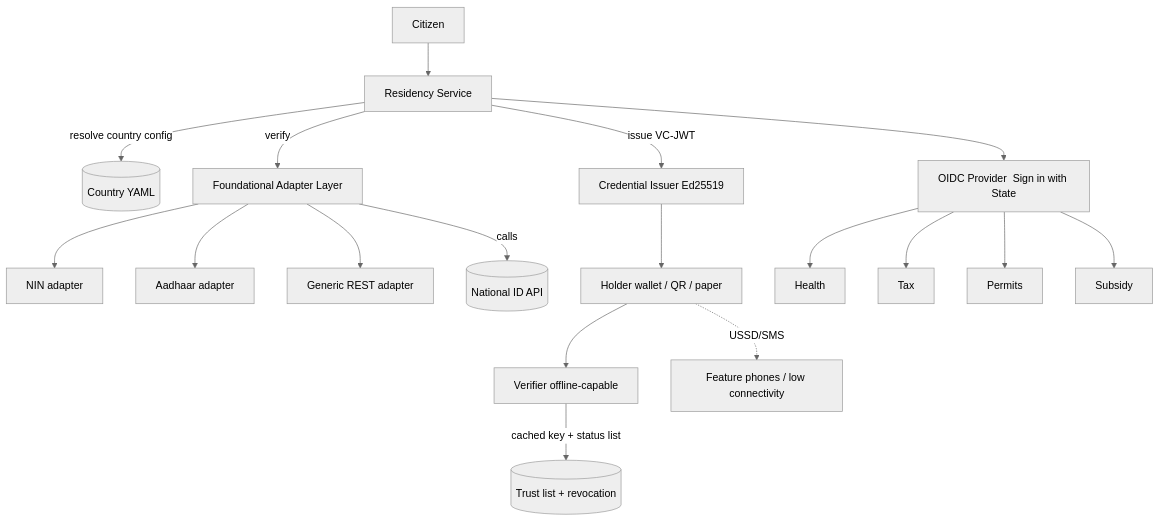
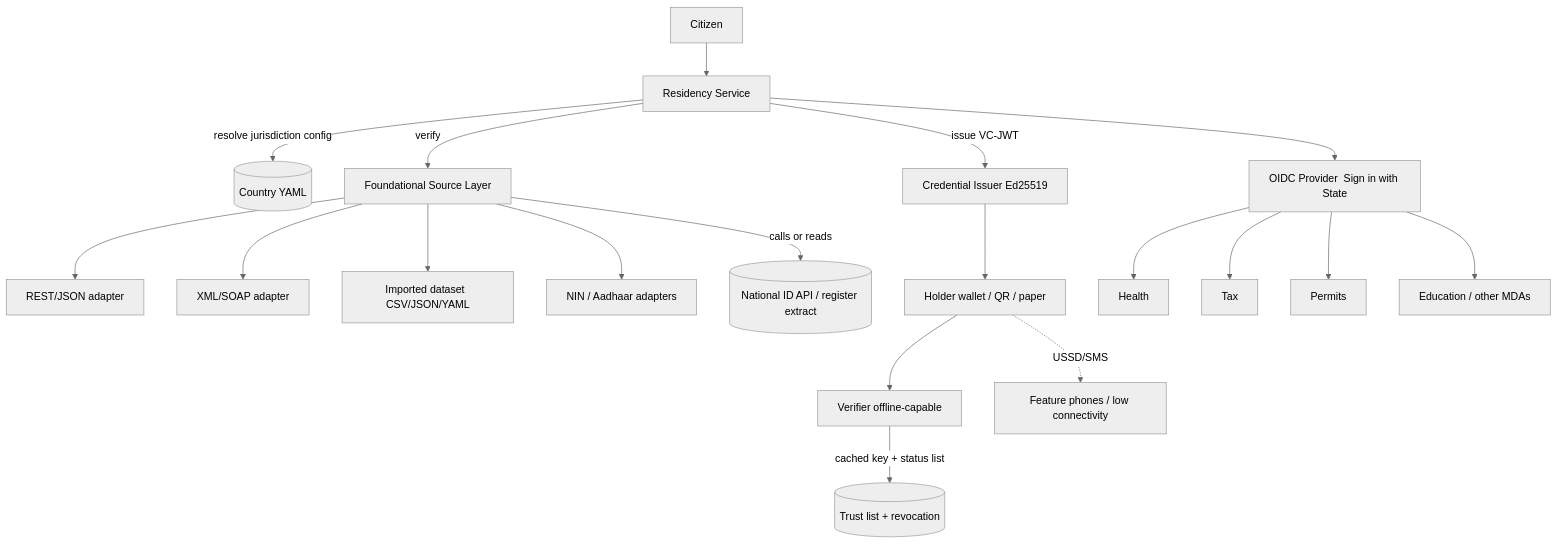
The diagram in README.md (Harmonizedx/open-residency), drawn with Mermaid (neutral theme) before and after one commit. The commit also changed other lines of this file and 2 other files, not shown here.

Commit message:
docs: add service integration guide; refresh README and architecture

````diff
--- a/README.md
+++ b/README.md
@@ -44,20 +134,21 @@
 ```mermaid
 flowchart TD
   C[Citizen] --> R[Residency Service]
-  R -->|resolve country config| CFG[(Country YAML)]
-  R -->|verify| F[Foundational Adapter Layer]
-  F --> A1[NIN adapter]
-  F --> A2[Aadhaar adapter]
-  F --> A3[Generic REST adapter]
-  F -->|calls| EXT[(National ID API)]
+  R -->|resolve jurisdiction config| CFG[(Country YAML)]
+  R -->|verify| F[Foundational Source Layer]
+  F --> A1[REST/JSON adapter]
+  F --> A2[XML/SOAP adapter]
+  F --> A3[Imported dataset  CSV/JSON/YAML]
+  F --> A4[NIN / Aadhaar adapters]
+  F -->|calls or reads| EXT[(National ID API / register extract)]
   R -->|issue VC-JWT| VC[Credential Issuer  Ed25519]
   VC --> WALLET[Holder wallet / QR / paper]
   WALLET --> V[Verifier  offline-capable]
   V -->|cached key + status list| TRUST[(Trust list + revocation)]
   R --> IDP[OIDC Provider  Sign in with State]
   IDP --> H[Health]
   IDP --> T[Tax]
   IDP --> P[Permits]
-  IDP --> S[Subsidy]
+  IDP --> E[Education / other MDAs]
   WALLET -. USSD/SMS .-> LOWNET[Feature phones / low connectivity]
 ```
````
